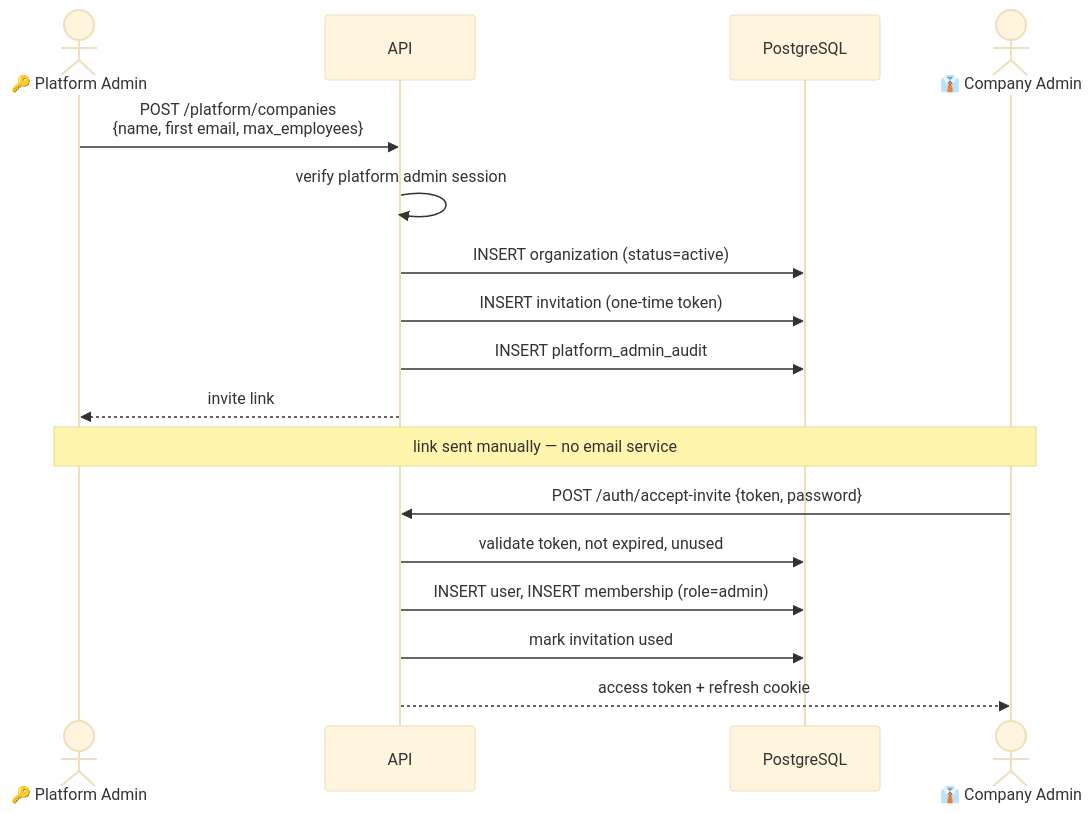
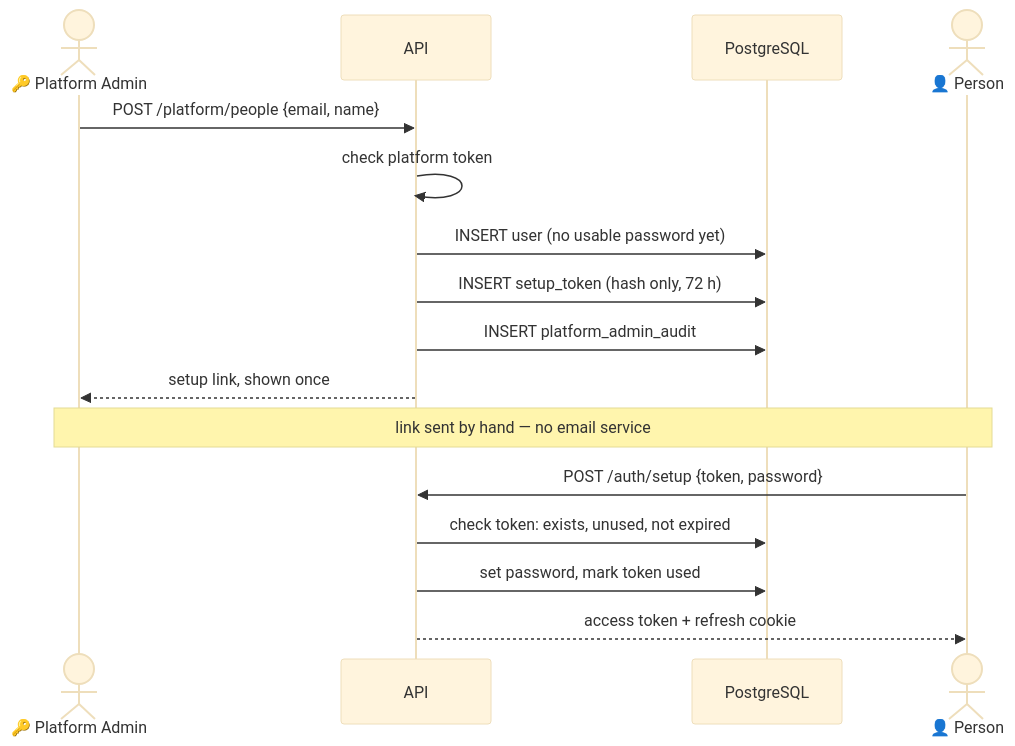
Before and after one commit to dharaneechinnu/ai-employee-platform: the seventh of 12 diagrams in docs/HLD.md, drawn with Mermaid (base theme). The commit also changed other lines of this file and 7 other files, not shown here.

````diff
--- a/docs/HLD.md
+++ b/docs/HLD.md
@@ -619,22 +473,21 @@
 ```mermaid
 sequenceDiagram
     actor PA as 🔑 Platform Admin
     participant API
     participant DB as PostgreSQL
-    actor CA as 👔 Company Admin
+    actor P as 👤 Person
 
-    PA->>API: POST /platform/companies<br/>{name, first email, max_employees}
-    API->>API: verify platform admin session
-    API->>DB: INSERT organization (status=active)
-    API->>DB: INSERT invitation (one-time token)
+    PA->>API: POST /platform/people {email, name}
+    API->>API: check platform token
+    API->>DB: INSERT user (no usable password yet)
+    API->>DB: INSERT setup_token (hash only, 72 h)
     API->>DB: INSERT platform_admin_audit
-    API-->>PA: invite link
+    API-->>PA: setup link, shown once
 
-    Note over PA,CA: link sent manually — no email service
+    Note over PA,P: link sent by hand — no email service
 
-    CA->>API: POST /auth/accept-invite {token, password}
-    API->>DB: validate token, not expired, unused
-    API->>DB: INSERT user, INSERT membership (role=admin)
-    API->>DB: mark invitation used
-    API-->>CA: access token + refresh cookie
+    P->>API: POST /auth/setup {token, password}
+    API->>DB: check token: exists, unused, not expired
+    API->>DB: set password, mark token used
+    API-->>P: access token + refresh cookie
 ```
````
